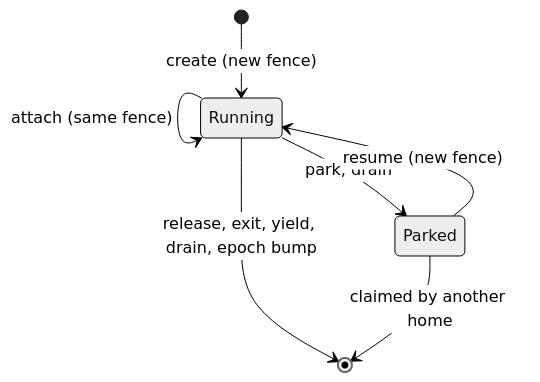
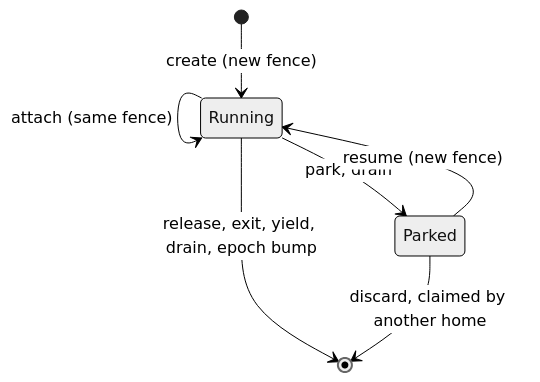
The first of 2 diagrams in docs/design/core.md (helayoty/fiberd), drawn with Mermaid (neutral theme) before and after one commit. The commit also changed other lines of this file and 47 other files, not shown here.

First line of the commit message:
Discard a parked session by name, refuse anonymous parks (#89)

````diff
--- a/docs/design/core.md
+++ b/docs/design/core.md
@@ -11,9 +11,9 @@
 ```mermaid
 stateDiagram-v2
   [*] --> Running: create (new fence)
   Running --> Running: attach (same fence)
   Running --> Parked: park, drain
   Parked --> Running: resume (new fence)
   Running --> [*]: release, exit, yield, drain, epoch bump
-  Parked --> [*]: claimed by another home
+  Parked --> [*]: discard, claimed by another home
 ```
````
